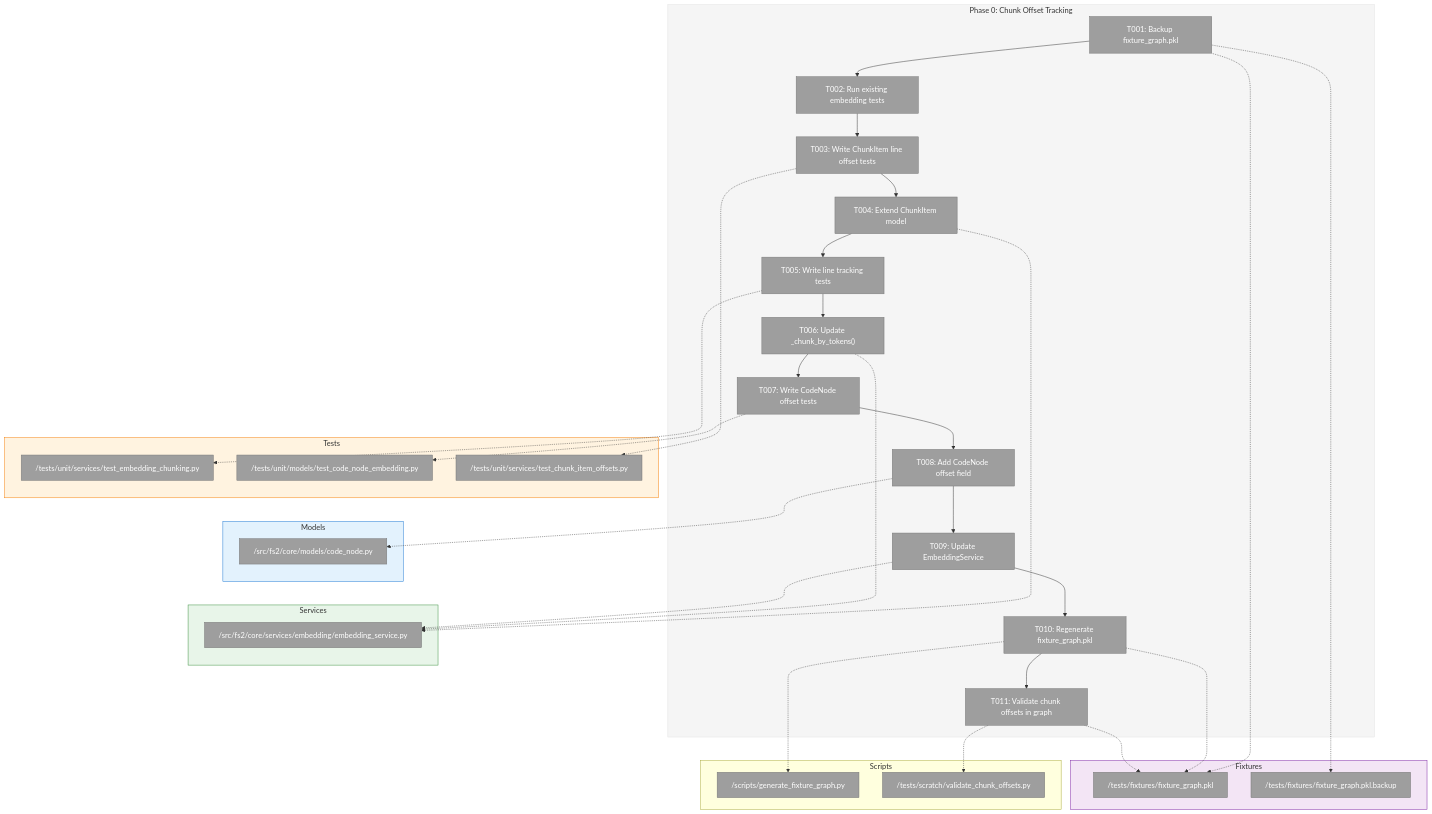
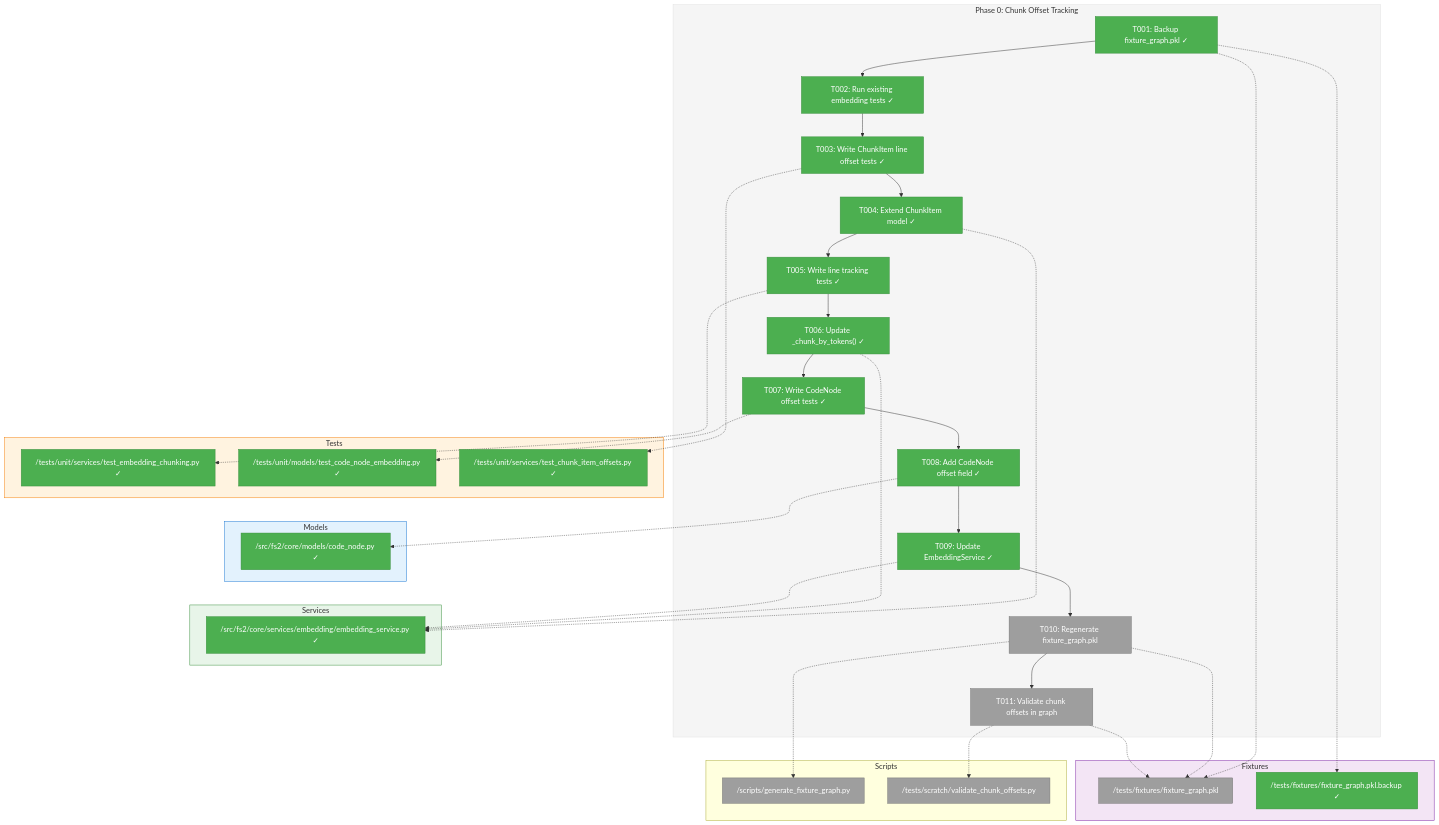
One commit to AI-Substrate/flow_squared changed the first of 3 diagrams in docs/plans/010-search/tasks/phase-0-chunk-offset-tracking/tasks.md. Above: the diagram before and after it, drawn with Mermaid. The commit also changed other lines of this file and 20 other files, not shown here.

First line of the commit message:
Add validation script for chunk offsets and unit tests for ChunkItem

````diff
--- a/docs/plans/010-search/tasks/phase-0-chunk-offset-tracking/tasks.md
+++ b/docs/plans/010-search/tasks/phase-0-chunk-offset-tracking/tasks.md
@@ -69,76 +69,76 @@
 ```mermaid
 flowchart TD
     classDef pending fill:#9E9E9E,stroke:#757575,color:#fff
     classDef inprogress fill:#FF9800,stroke:#F57C00,color:#fff
     classDef completed fill:#4CAF50,stroke:#388E3C,color:#fff
     classDef blocked fill:#F44336,stroke:#D32F2F,color:#fff
 
     style Phase fill:#F5F5F5,stroke:#E0E0E0
     style Models fill:#E3F2FD,stroke:#1976D2
     style Services fill:#E8F5E9,stroke:#388E3C
     style Tests fill:#FFF3E0,stroke:#F57C00
     style Fixtures fill:#F3E5F5,stroke:#7B1FA2
 
     subgraph Phase["Phase 0: Chunk Offset Tracking"]
-        T001["T001: Backup fixture_graph.pkl"]:::pending
-        T002["T002: Run existing embedding tests"]:::pending
-        T003["T003: Write ChunkItem line offset tests"]:::pending
-        T004["T004: Extend ChunkItem model"]:::pending
-        T005["T005: Write line tracking tests"]:::pending
-        T006["T006: Update _chunk_by_tokens()"]:::pending
-        T007["T007: Write CodeNode offset tests"]:::pending
-        T008["T008: Add CodeNode offset field"]:::pending
-        T009["T009: Update EmbeddingService"]:::pending
+        T001["T001: Backup fixture_graph.pkl ✓"]:::completed
+        T002["T002: Run existing embedding tests ✓"]:::completed
+        T003["T003: Write ChunkItem line offset tests ✓"]:::completed
+        T004["T004: Extend ChunkItem model ✓"]:::completed
+        T005["T005: Write line tracking tests ✓"]:::completed
+        T006["T006: Update _chunk_by_tokens() ✓"]:::completed
+        T007["T007: Write CodeNode offset tests ✓"]:::completed
+        T008["T008: Add CodeNode offset field ✓"]:::completed
+        T009["T009: Update EmbeddingService ✓"]:::completed
         T010["T010: Regenerate fixture_graph.pkl"]:::pending
         T011["T011: Validate chunk offsets in graph"]:::pending
 
         T001 --> T002
         T002 --> T003
         T003 --> T004
         T004 --> T005
         T005 --> T006
         T006 --> T007
         T007 --> T008
         T008 --> T009
         T009 --> T010
         T010 --> T011
     end
 
     subgraph Models["Models"]
-        F1["/src/fs2/core/models/code_node.py"]:::pending
+        F1["/src/fs2/core/models/code_node.py ✓"]:::completed
     end
 
     subgraph Services["Services"]
-        F2["/src/fs2/core/services/embedding/embedding_service.py"]:::pending
+        F2["/src/fs2/core/services/embedding/embedding_service.py ✓"]:::completed
     end
 
     subgraph Tests["Tests"]
-        F3["/tests/unit/services/test_embedding_chunking.py"]:::pending
-        F4["/tests/unit/models/test_code_node_embedding.py"]:::pending
-        F5["/tests/unit/services/test_chunk_item_offsets.py"]:::pending
+        F3["/tests/unit/services/test_embedding_chunking.py ✓"]:::completed
+        F4["/tests/unit/models/test_code_node_embedding.py ✓"]:::completed
+        F5["/tests/unit/services/test_chunk_item_offsets.py ✓"]:::completed
     end
 
     subgraph Fixtures["Fixtures"]
         F6["/tests/fixtures/fixture_graph.pkl"]:::pending
-        F7["/tests/fixtures/fixture_graph.pkl.backup"]:::pending
+        F7["/tests/fixtures/fixture_graph.pkl.backup ✓"]:::completed
     end
 
     subgraph Scripts["Scripts"]
         F8["/scripts/generate_fixture_graph.py"]:::pending
         F9["/tests/scratch/validate_chunk_offsets.py"]:::pending
     end
 
     T001 -.-> F6
     T001 -.-> F7
     T004 -.-> F2
     T006 -.-> F2
     T008 -.-> F1
     T009 -.-> F2
     T003 -.-> F5
     T005 -.-> F3
     T007 -.-> F4
     T010 -.-> F6
     T010 -.-> F8
     T011 -.-> F9
     T011 -.-> F6
 ```
````
